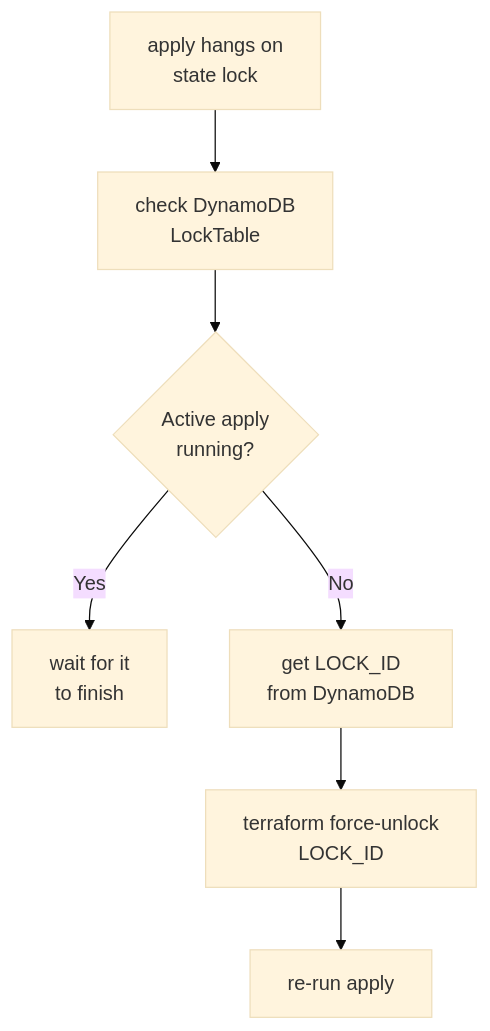
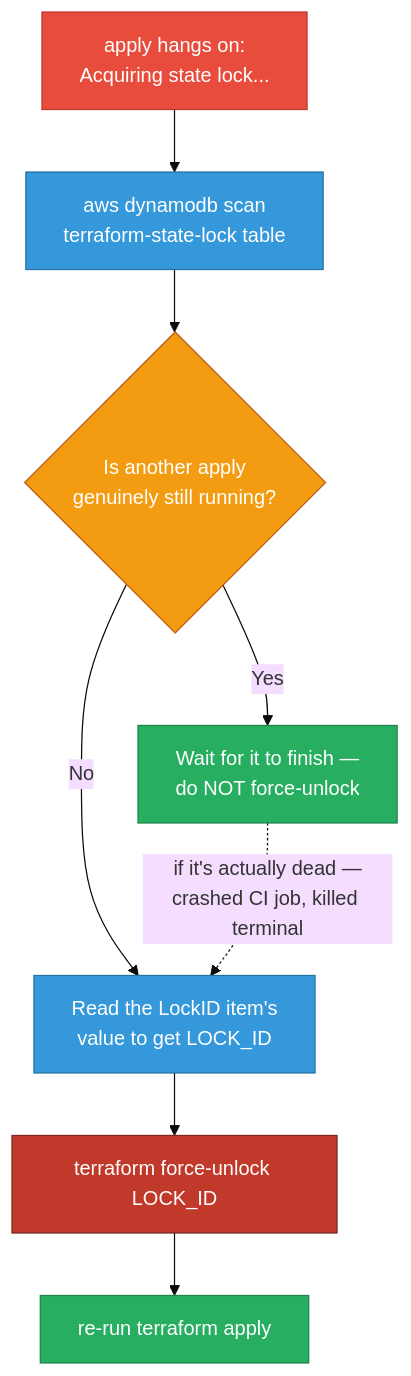
Before and after one commit to deepanshu-rawat6/DevOpsIndex: the third of 8 diagrams in sre/iac-scenarios.md, drawn with Mermaid (base theme). The commit also changed other lines of this file and 10 other files, not shown here.

````diff
--- a/sre/iac-scenarios.md
+++ b/sre/iac-scenarios.md
@@ -83,9 +133,17 @@
 ```mermaid
 flowchart TD
-    A[apply hangs on<br/>state lock] --> B[check DynamoDB<br/>LockTable]
-    B --> C{Active apply<br/>running?}
-    C -- Yes --> D[wait for it<br/>to finish]
-    C -- No --> E[get LOCK_ID<br/>from DynamoDB]
-    E --> F[terraform force-unlock<br/>LOCK_ID]
-    F --> G[re-run apply]
+    classDef err fill:#e74c3c,stroke:#c0392b,color:#fff
+    classDef decision fill:#f39c12,stroke:#ba6018,color:#fff
+    classDef fix fill:#27ae60,stroke:#1e8449,color:#fff
+    classDef verify fill:#3498db,stroke:#2471a3,color:#fff
+    classDef danger fill:#c0392b,stroke:#7b241c,color:#fff
+
+    HANG["apply hangs on:<br/>Acquiring state lock..."]:::err --> SCAN["aws dynamodb scan<br/>terraform-state-lock table"]:::verify
+    SCAN --> ACTIVE{"Is another apply<br/>genuinely still running?"}:::decision
+    ACTIVE -->|Yes| WAIT["Wait for it to finish —<br/>do NOT force-unlock"]:::fix
+    ACTIVE -->|No| GETID["Read the LockID item's<br/>value to get LOCK_ID"]:::verify
+    GETID --> UNLOCK["terraform force-unlock LOCK_ID"]:::danger
+    UNLOCK --> RERUN["re-run terraform apply"]:::fix
+
+    WAIT -.->|"if it's actually dead —<br/>crashed CI job, killed terminal"| GETID
 ```
````
